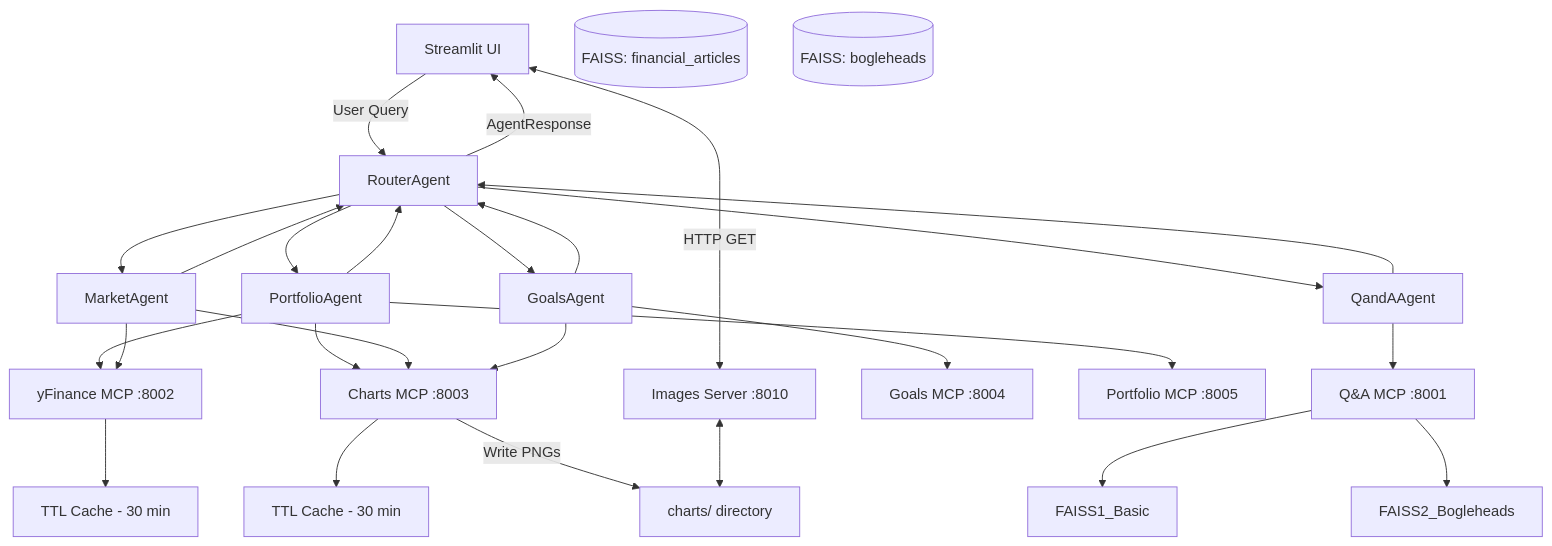
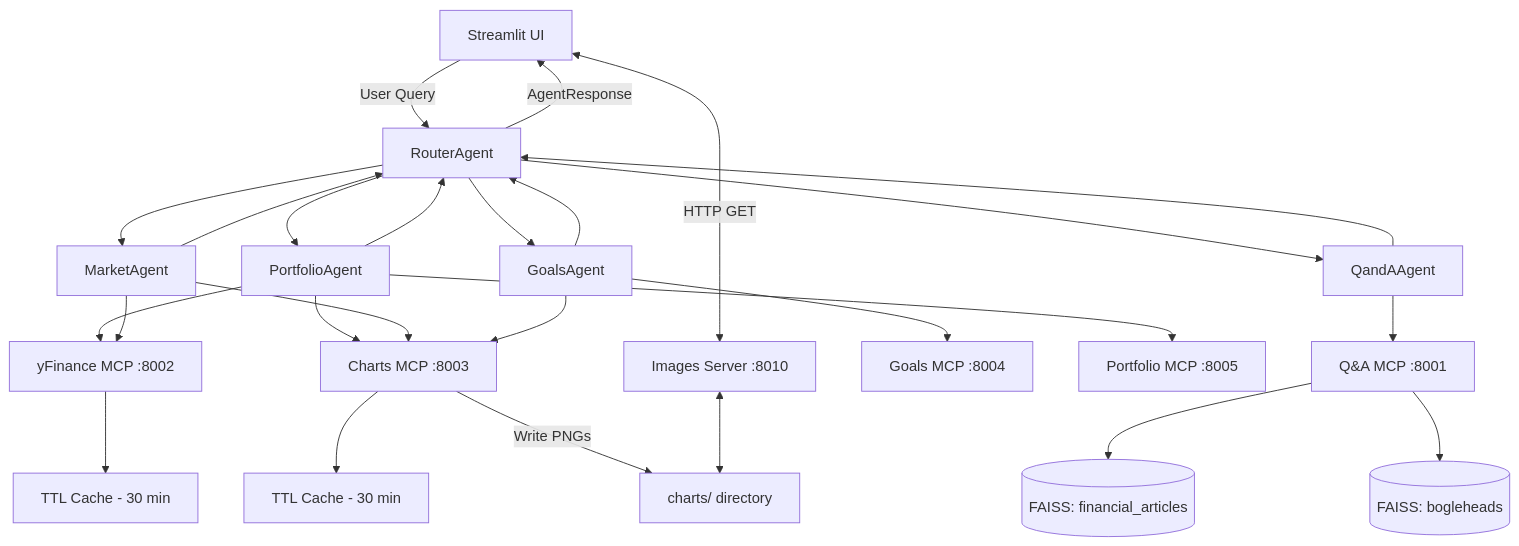
Before and after one commit to numberpete/finnie_ai: the first of 2 diagrams in README.md, drawn with Mermaid.

Commit message:
corrected architecture

````diff
--- a/README.md
+++ b/README.md
@@ -155,61 +155,61 @@
 ```mermaid
 flowchart TB
     UI[Streamlit UI]
     Router[RouterAgent]
     
     PortfolioAgent[PortfolioAgent]
     MarketAgent[MarketAgent]
     GoalsAgent[GoalsAgent]
     QandAAgent[QandAAgent]
     
     QAMCP[Q&A MCP :8001]
     YFinanceMCP[yFinance MCP :8002]
     ChartsMCP[Charts MCP :8003]
     GoalsMCP[Goals MCP :8004]
     PortfolioMCP[Portfolio MCP :8005]
     
     FAISS1[(FAISS: financial_articles)]
     FAISS2[(FAISS: bogleheads)]
     
     YFinanceCache[TTL Cache - 30 min]
     ChartsCache[TTL Cache - 30 min]
     
     ImagesServer[Images Server :8010]
     ChartStorage[charts/ directory]
     
     UI -->|User Query| Router
     
     Router --> PortfolioAgent
     Router --> MarketAgent
     Router --> GoalsAgent
     Router --> QandAAgent
     
     PortfolioAgent --> PortfolioMCP
     PortfolioAgent --> YFinanceMCP
     PortfolioAgent --> ChartsMCP
     
     MarketAgent --> YFinanceMCP
     MarketAgent --> ChartsMCP
     
     GoalsAgent --> GoalsMCP
     GoalsAgent --> ChartsMCP
     
     QandAAgent --> QAMCP
     
-    QAMCP --> FAISS1_Basic
-    QAMCP --> FAISS2_Bogleheads
+    QAMCP --> FAISS1
+    QAMCP --> FAISS2
     
     YFinanceMCP --> YFinanceCache
     ChartsMCP --> ChartsCache
     
     ChartsMCP -->|Write PNGs| ChartStorage
    ImagesServer <--> ChartStorage 
     UI <-->|HTTP GET| ImagesServer
     
     PortfolioAgent --> Router
     MarketAgent --> Router
     GoalsAgent --> Router
     QandAAgent --> Router
     
     Router -->|AgentResponse| UI
 ```
````
